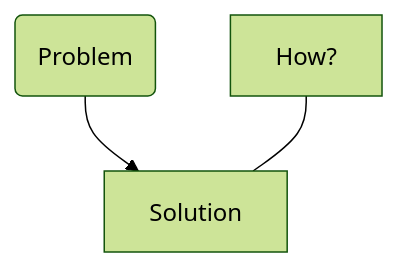
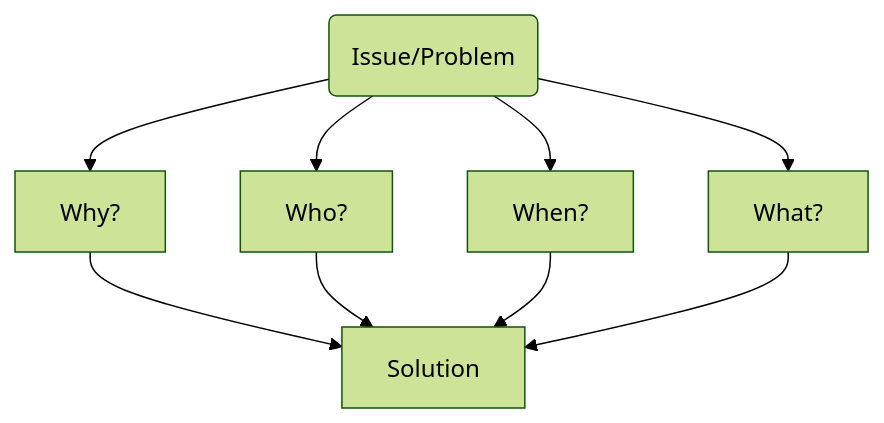
One commit to JianLoong/blog changed the diagram in content/thepragmatic/rubberduck.md. Above: the diagram before and after it, drawn with Mermaid (forest theme). The commit also changed other lines of this file and 54 other files, not shown here.

```diff
--- a/content/thepragmatic/rubberduck.md
+++ b/content/thepragmatic/rubberduck.md
@@ -50,8 +50,17 @@
 {{<mermaid align="center">}}
 graph TD
-A(Problem)
-B[Solution]
-C[How?]
-A --> B
-C --- B
+    A(Issue/Problem)
+    B[Why?]
+    C[Who?]
+    D[When?]
+    E[What?]
+    F[Solution]
+    A --> B
+    A --> C
+    A --> D
+    A --> E
+    B --> F
+    C --> F
+    D --> F
+    E --> F
 {{< /mermaid >}}
```
